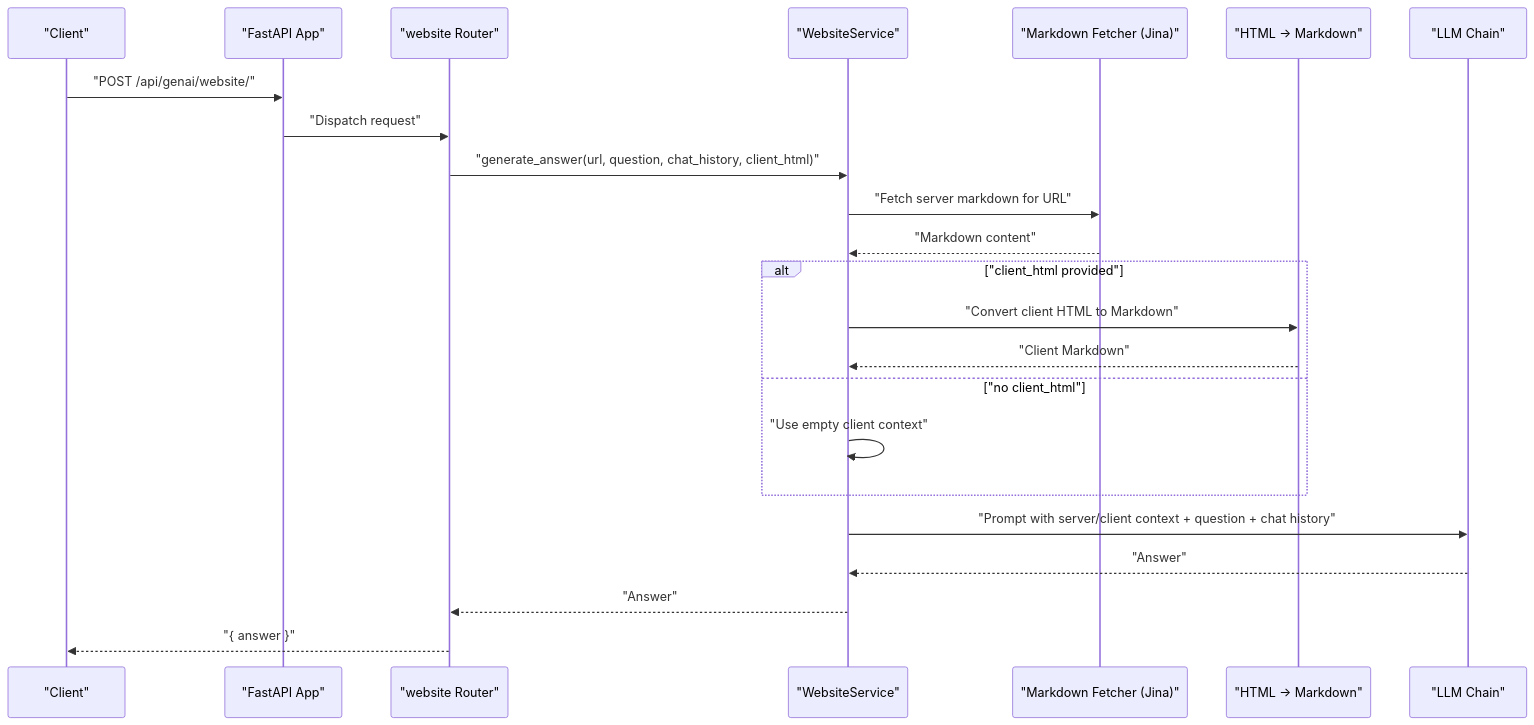
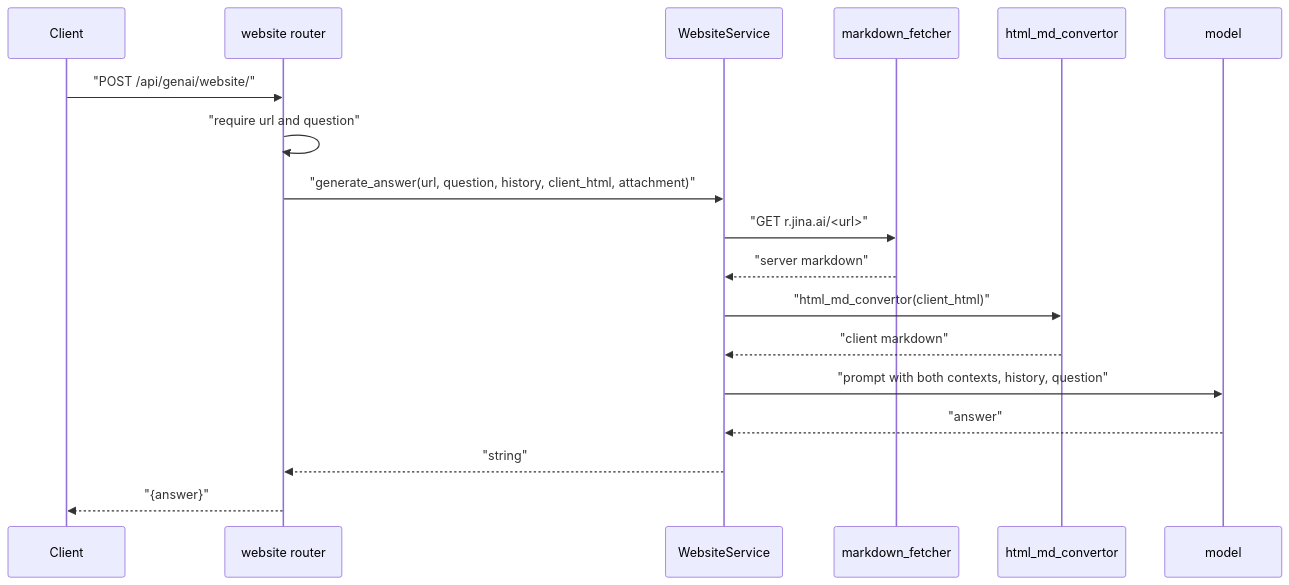
The second of 6 diagrams in src/data/docs/agentic-browser/API Server/Website Processing API.md (tashifkhan/tashif.codes), drawn with Mermaid before and after one commit. The commit also changed other lines of this file and 114 other files, not shown here.

````diff
--- a/src/data/docs/agentic-browser/API Server/Website Processing API.md
+++ b/src/data/docs/agentic-browser/API Server/Website Processing API.md
@@ -56,25 +68,20 @@
 ```mermaid
 sequenceDiagram
-participant C as "Client"
-participant API as "FastAPI App"
-participant R as "website Router"
-participant S as "WebsiteService"
-participant RM as "Markdown Fetcher (Jina)"
-participant HM as "HTML → Markdown"
-participant LLM as "LLM Chain"
-C->>API : "POST /api/genai/website/"
-API->>R : "Dispatch request"
-R->>S : "generate_answer(url, question, chat_history, client_html)"
-S->>RM : "Fetch server markdown for URL"
-RM-->>S : "Markdown content"
-alt "client_html provided"
-S->>HM : "Convert client HTML to Markdown"
-HM-->>S : "Client Markdown"
-else "no client_html"
-S->>S : "Use empty client context"
-end
-S->>LLM : "Prompt with server/client context + question + chat history"
-LLM-->>S : "Answer"
-S-->>R : "Answer"
-R-->>C : "{ answer }"
+  participant C as Client
+  participant R as website router
+  participant S as WebsiteService
+  participant J as markdown_fetcher
+  participant H as html_md_convertor
+  participant M as model
+  C->>R: "POST /api/genai/website/"
+  R->>R: "require url and question"
+  R->>S: "generate_answer(url, question, history, client_html, attachment)"
+  S->>J: "GET r.jina.ai/<url>"
+  J-->>S: "server markdown"
+  S->>H: "html_md_convertor(client_html)"
+  H-->>S: "client markdown"
+  S->>M: "prompt with both contexts, history, question"
+  M-->>S: "answer"
+  S-->>R: "string"
+  R-->>C: "{answer}"
 ```
````
